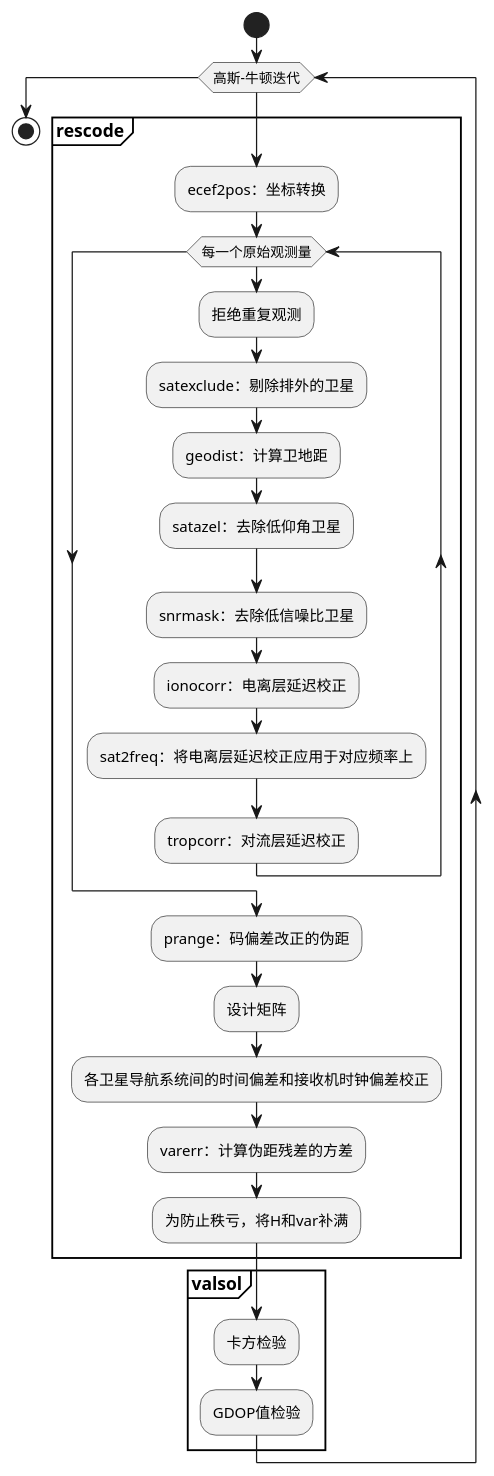
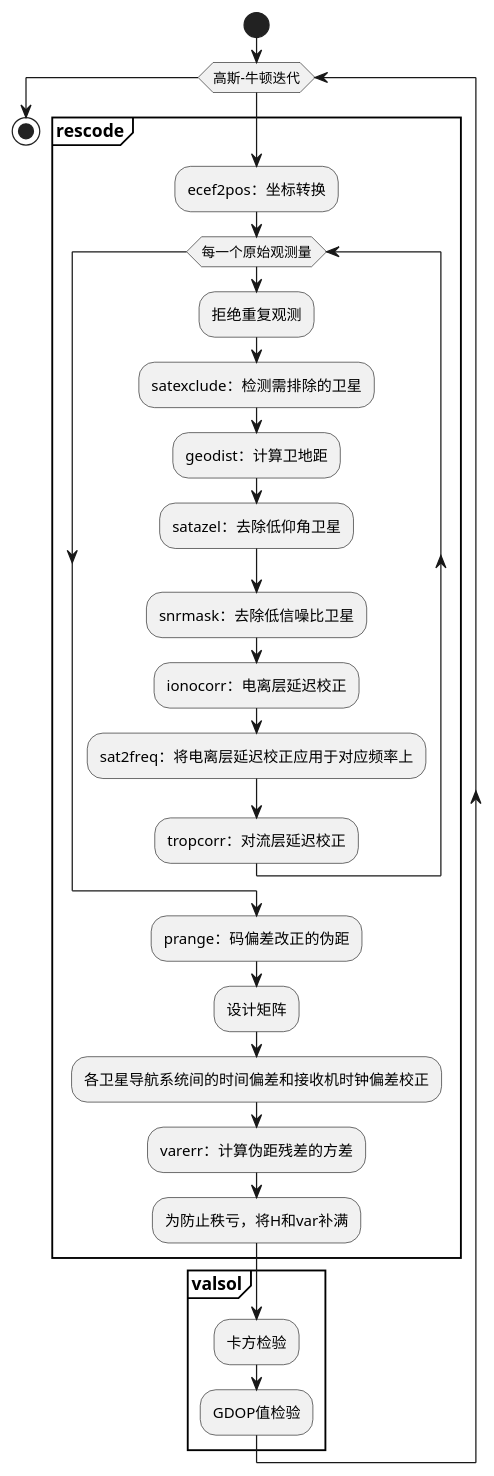
The second of 2 diagrams in notes/pntpos.md (iGNSS/RTKLIB-trimmed), drawn with PlantUML before and after one commit. The commit also changed other lines of this file and 7 other files, not shown here.

````diff
--- a/notes/pntpos.md
+++ b/notes/pntpos.md
@@ -215,35 +44,35 @@
 ```plantuml
 @startuml
 start
 
 while (高斯-牛顿迭代)
     partition **rescode** {
         :ecef2pos：坐标转换;
 
         while (每一个原始观测量)
             :拒绝重复观测;
-            :satexclude：剔除排外的卫星;
+            :satexclude：检测需排除的卫星;
             :geodist：计算卫地距;
             :satazel：去除低仰角卫星;
             :snrmask：去除低信噪比卫星;
             :ionocorr：电离层延迟校正;
             :sat2freq：将电离层延迟校正应用于对应频率上;
             :tropcorr：对流层延迟校正;
         endwhile
 
         :prange：码偏差改正的伪距;
         :设计矩阵;
         :各卫星导航系统间的时间偏差和接收机时钟偏差校正;
         :varerr：计算伪距残差的方差;
         :为防止秩亏，将H和var补满;
     }
 
     partition **valsol** {
         :卡方检验;
         :GDOP值检验;
     }
 endwhile
 
 stop
 @enduml
 ```
````
